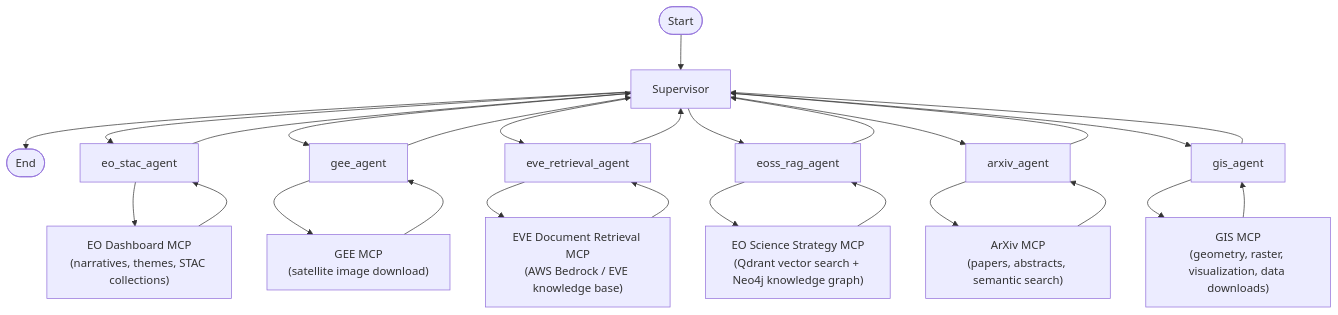
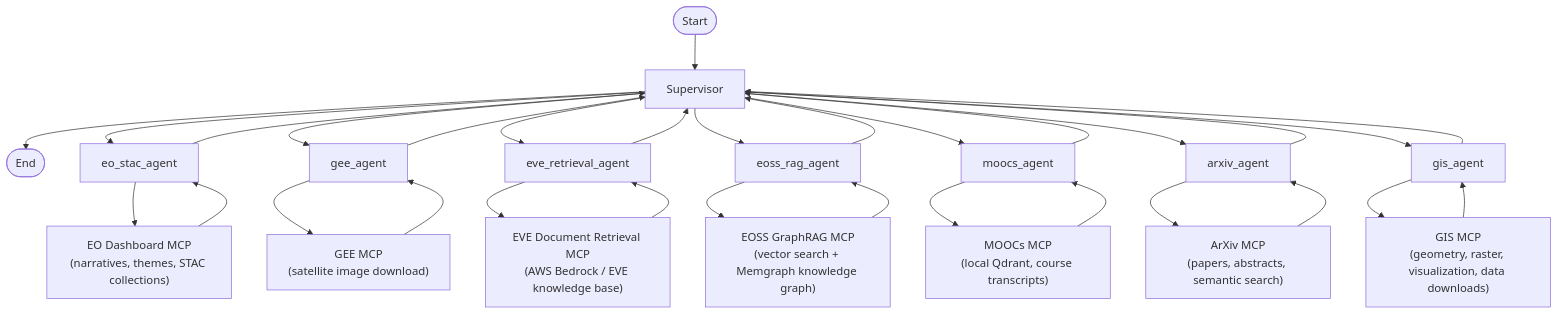
The diagram in README.md (Riccardo7-DS/agenticeoecosystem), drawn with Mermaid before and after one commit. The commit also changed other lines of this file and 17 other files, not shown here.

Commit message:
fix eossrag connection, moocs local rag and updated README

````diff
--- a/README.md
+++ b/README.md
@@ -36,42 +38,47 @@
 ```mermaid
 graph TD
 
     Start([Start])
     End([End])
 
     Start --> Supervisor
 
     Supervisor --> EO_STAC[eo_stac_agent]
     Supervisor --> GEE[gee_agent]
     Supervisor --> EVE[eve_retrieval_agent]
     Supervisor --> RAG[eoss_rag_agent]
+    Supervisor --> MOOC[moocs_agent]
     Supervisor --> ArXiv[arxiv_agent]
     Supervisor --> GIS[gis_agent]
 
     EO_STAC --> EO_MCP["EO Dashboard MCP\n(narratives, themes, STAC collections)"]
     EO_MCP --> EO_STAC
 
     GEE --> GEE_MCP["GEE MCP\n(satellite image download)"]
     GEE_MCP --> GEE
 
     EVE --> EVE_MCP["EVE Document Retrieval MCP\n(AWS Bedrock / EVE knowledge base)"]
     EVE_MCP --> EVE
 
-    RAG --> HYBRIDRAG_MCP["EO Science Strategy MCP\n(Qdrant vector search + Neo4j knowledge graph)"]
-    HYBRIDRAG_MCP --> RAG
+    RAG --> GRAPHRAG_MCP["EOSS GraphRAG MCP\n(vector search + Memgraph knowledge graph)"]
+    GRAPHRAG_MCP --> RAG
+
+    MOOC --> MOOC_MCP["MOOCs MCP\n(local Qdrant, course transcripts)"]
+    MOOC_MCP --> MOOC
 
     ArXiv --> ARXIV_MCP["ArXiv MCP\n(papers, abstracts, semantic search)"]
     ARXIV_MCP --> ArXiv
 
     GIS --> GIS_MCP["GIS MCP\n(geometry, raster, visualization, data downloads)"]
     GIS_MCP --> GIS
 
     EO_STAC --> Supervisor
     GEE --> Supervisor
     EVE --> Supervisor
     RAG --> Supervisor
+    MOOC --> Supervisor
     ArXiv --> Supervisor
     GIS --> Supervisor
 
     Supervisor --> End
 ```
````
